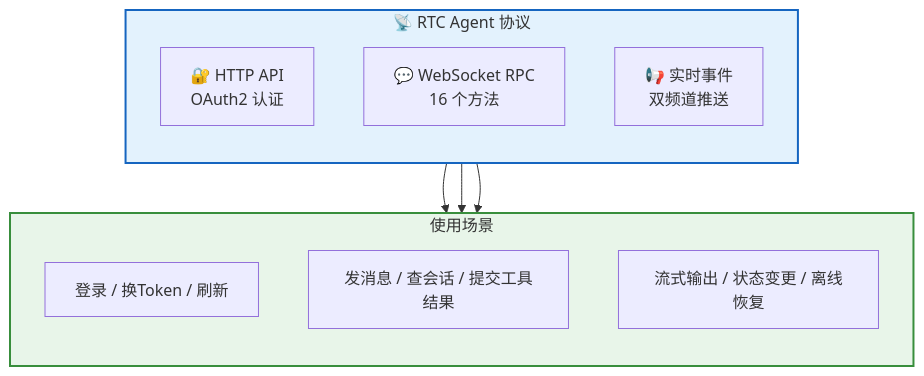
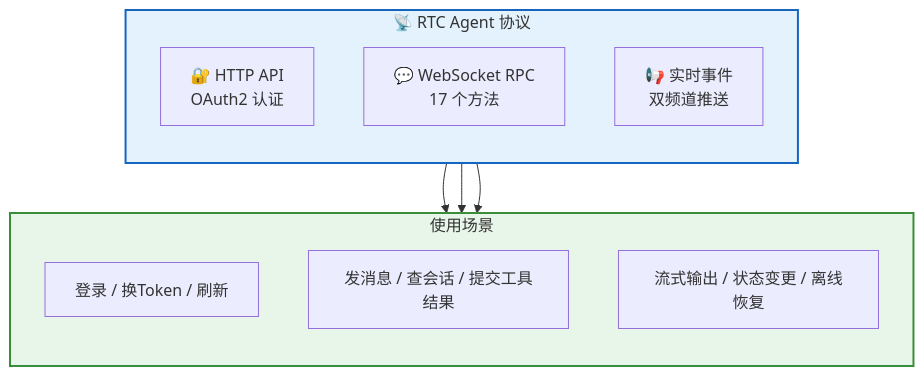
Before and after one commit to rtc-agent/docs: the first of 5 diagrams in src/content/docs/protocol/index.md, drawn with Mermaid. The commit also changed other lines of this file and 13 other files, not shown here.

````diff
--- a/src/content/docs/protocol/index.md
+++ b/src/content/docs/protocol/index.md
@@ -8,23 +8,23 @@
 ```mermaid
 flowchart TD
     subgraph PROTOCOL["📡 RTC Agent 协议"]
         direction TB
         HTTP["🔐 HTTP API<br/>OAuth2 认证"]
-        RPC["💬 WebSocket RPC<br/>16 个方法"]
+        RPC["💬 WebSocket RPC<br/>17 个方法"]
         EVT["📢 实时事件<br/>双频道推送"]
     end
 
     subgraph USAGE["使用场景"]
         direction TB
         U1["登录 / 换Token / 刷新"]
         U2["发消息 / 查会话 / 提交工具结果"]
         U3["流式输出 / 状态变更 / 离线恢复"]
     end
 
     HTTP --> U1
     RPC --> U2
     EVT --> U3
 
     style PROTOCOL fill:#e3f2fd,stroke:#1565c0,stroke-width:2px
     style USAGE fill:#e8f5e9,stroke:#388e3c,stroke-width:2px
 ```
````
